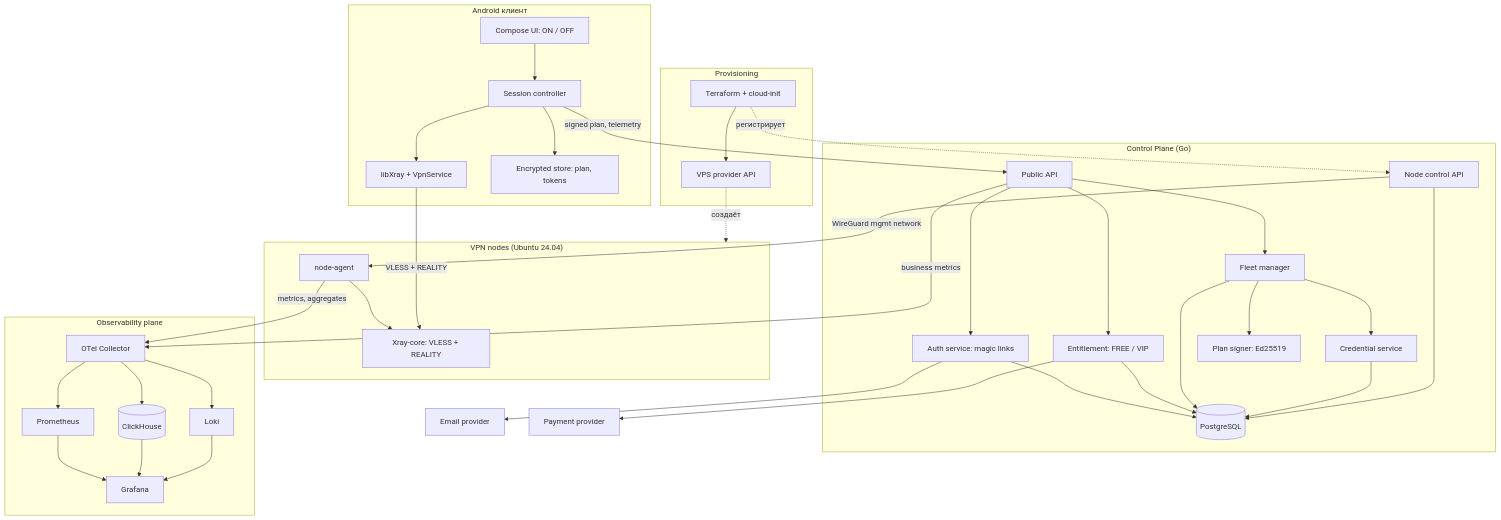
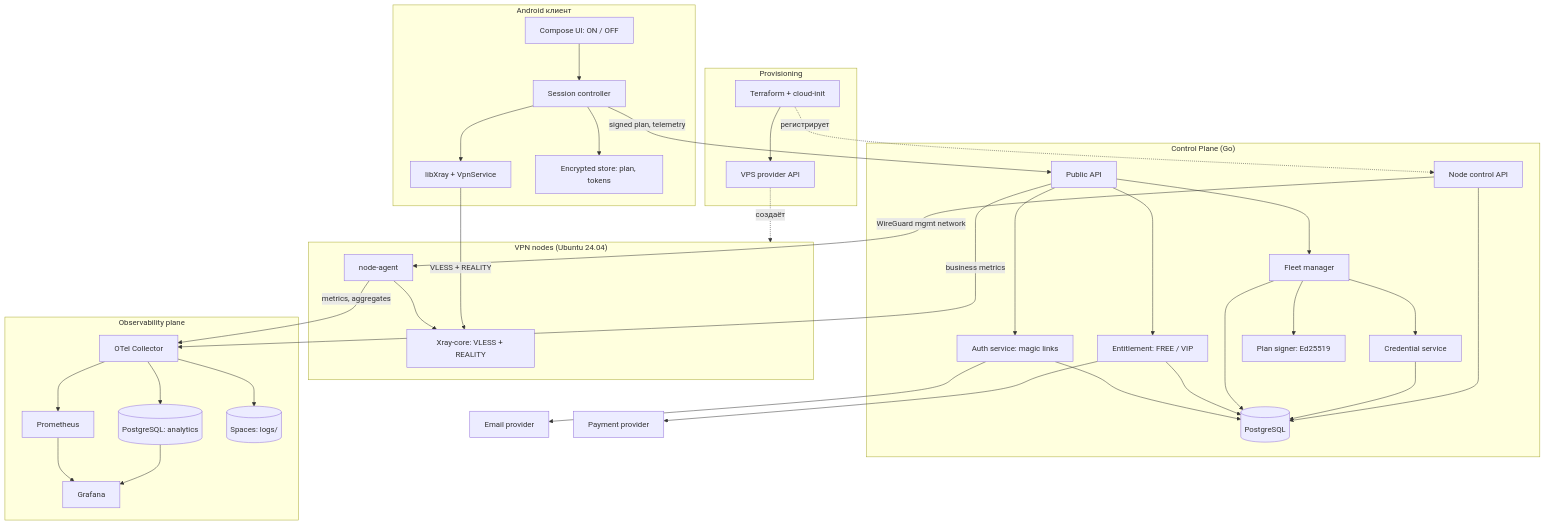
One commit to ai-zaytsev/simple changed the first of 3 diagrams in docs/architecture/overview.md. Above: the diagram before and after it, drawn with Mermaid. The commit also changed other lines of this file and 19 other files, not shown here.

````diff
--- a/docs/architecture/overview.md
+++ b/docs/architecture/overview.md
@@ -20,72 +20,71 @@
 ```mermaid
 flowchart TB
     subgraph client["Android клиент"]
         UI["Compose UI: ON / OFF"]
         CORE["Session controller"]
         XRAY["libXray + VpnService"]
         STORE["Encrypted store: plan, tokens"]
         UI --> CORE
         CORE --> XRAY
         CORE --> STORE
     end
 
     subgraph cp["Control Plane (Go)"]
         API["Public API"]
         AUTH["Auth service: magic links"]
         ENT["Entitlement: FREE / VIP"]
         FLEET["Fleet manager"]
         CRED["Credential service"]
         PLAN["Plan signer: Ed25519"]
         NODEAPI["Node control API"]
         PG[("PostgreSQL")]
         API --> AUTH
         API --> ENT
         API --> FLEET
         FLEET --> CRED
         FLEET --> PLAN
         AUTH --> PG
         ENT --> PG
         FLEET --> PG
         CRED --> PG
         NODEAPI --> PG
     end
 
     subgraph nodes["VPN nodes (Ubuntu 24.04)"]
         XRAYN["Xray-core: VLESS + REALITY"]
         AGENT["node-agent"]
         AGENT --> XRAYN
     end
 
     subgraph obs["Observability plane"]
         OTEL["OTel Collector"]
         PROM["Prometheus"]
-        CH[("ClickHouse")]
-        LOKI["Loki"]
+        AN[("PostgreSQL: analytics")]
+        ARCH[("Spaces: logs/")]
         GRAF["Grafana"]
         OTEL --> PROM
-        OTEL --> CH
-        OTEL --> LOKI
+        OTEL --> AN
+        OTEL --> ARCH
         PROM --> GRAF
-        CH --> GRAF
-        LOKI --> GRAF
+        AN --> GRAF
     end
 
     subgraph prov["Provisioning"]
         TF["Terraform + cloud-init"]
         VPSAPI["VPS provider API"]
         TF --> VPSAPI
     end
 
     EMAIL["Email provider"]
     PAY["Payment provider"]
 
     CORE -->|"signed plan, telemetry"| API
     XRAY -->|"VLESS + REALITY"| XRAYN
     AUTH --> EMAIL
     ENT --> PAY
     NODEAPI -->|"WireGuard mgmt network"| AGENT
     AGENT -->|"metrics, aggregates"| OTEL
     API -->|"business metrics"| OTEL
     VPSAPI -.->|"создаёт"| nodes
     TF -.->|"регистрирует"| NODEAPI
 ```
````
